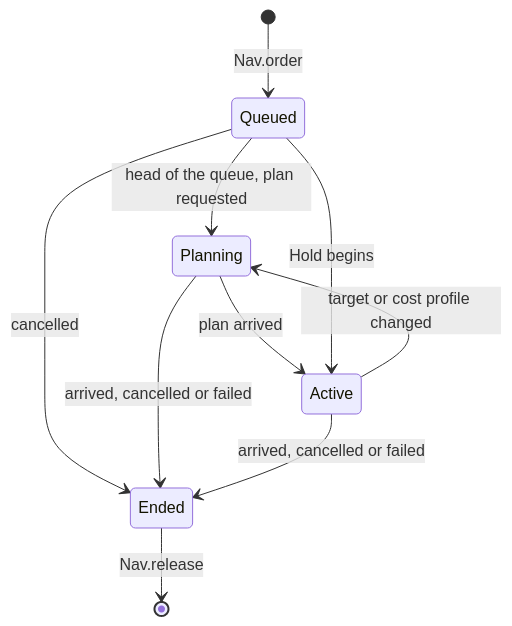
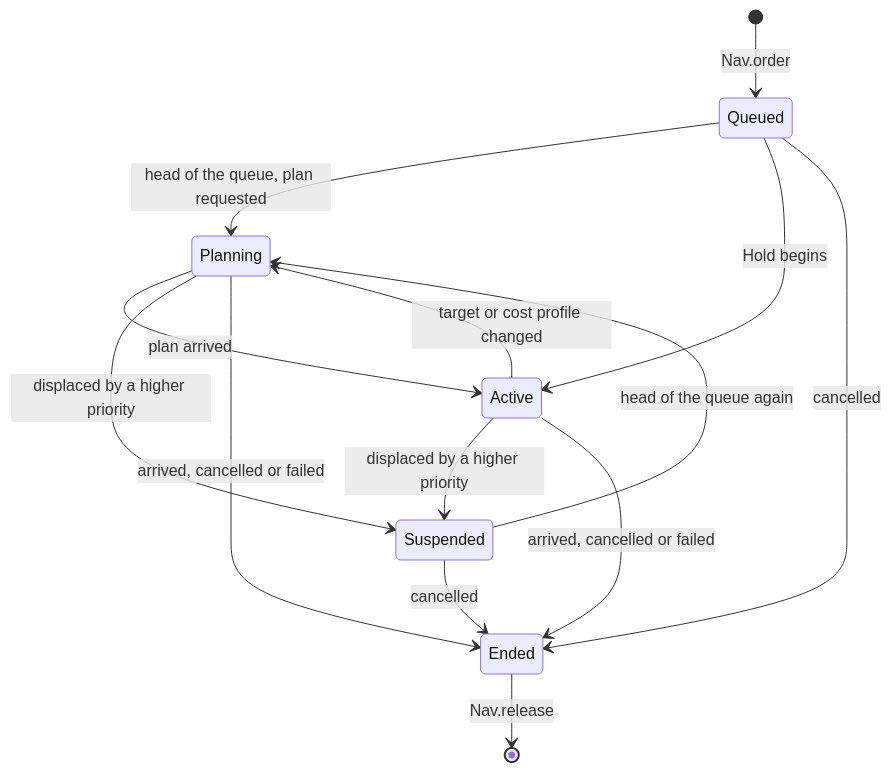
The second of 2 diagrams in doc/script/nav/navigation.md (Limit-Theory-Redux/ltheory), drawn with Mermaid before and after one commit. The commit also changed other lines of this file and 11 other files, not shown here.

````diff
--- a/doc/script/nav/navigation.md
+++ b/doc/script/nav/navigation.md
@@ -93,12 +95,16 @@
 ```mermaid
 stateDiagram-v2
     [*] --> Queued: Nav.order
     Queued --> Planning: head of the queue, plan requested
     Planning --> Active: plan arrived
     Active --> Planning: target or cost profile changed
+    Planning --> Suspended: displaced by a higher priority
+    Active --> Suspended: displaced by a higher priority
+    Suspended --> Planning: head of the queue again
+    Suspended --> Ended: cancelled
     Queued --> Active: Hold begins
     Queued --> Ended: cancelled
     Planning --> Ended: arrived, cancelled or failed
     Active --> Ended: arrived, cancelled or failed
     Ended --> [*]: Nav.release
 ```
````
